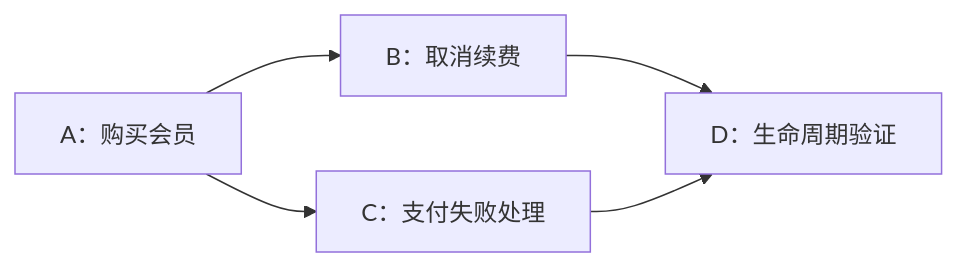
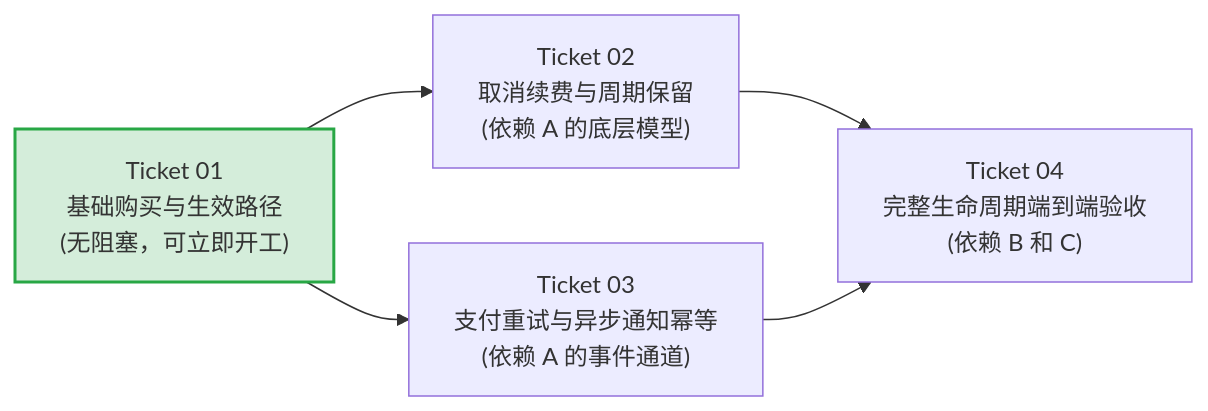
Before and after one commit to AyuSne/zhangmuchuan: the second of 2 diagrams in content/blog/matt-pocock-skills-05/index.md, drawn with Mermaid. The commit also changed other lines of this file and 8 other files, not shown here.

````diff
--- a/content/blog/matt-pocock-skills-05/index.md
+++ b/content/blog/matt-pocock-skills-05/index.md
@@ -163,7 +176,10 @@
 ```mermaid
 flowchart LR
-    A["A：购买会员"] --> B["B：取消续费"]
-    A --> C["C：支付失败处理"]
-    B --> D["D：生命周期验证"]
+    A["Ticket 01<br/>基础购买与生效路径<br/>(无阻塞，可立即开工)"] --> B["Ticket 02<br/>取消续费与周期保留<br/>(依赖 A 的底层模型)"]
+    A --> C["Ticket 03<br/>支付重试与异步通知幂等<br/>(依赖 A 的事件通道)"]
+    B --> D["Ticket 04<br/>完整生命周期端到端验收<br/>(依赖 B 和 C)"]
     C --> D
+
+    classDef frontier fill:#d4edda,stroke:#28a745,stroke-width:2px;
+    class A frontier;
 ```
````
